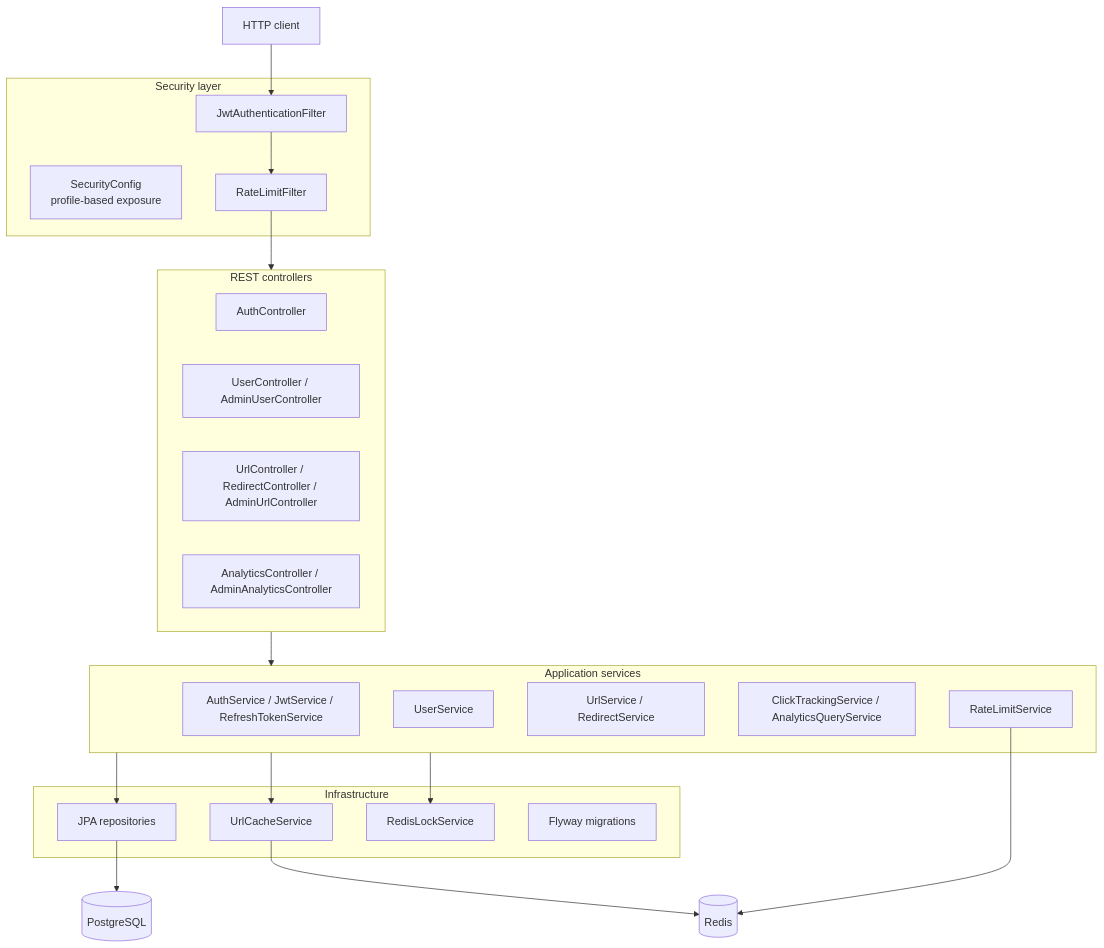
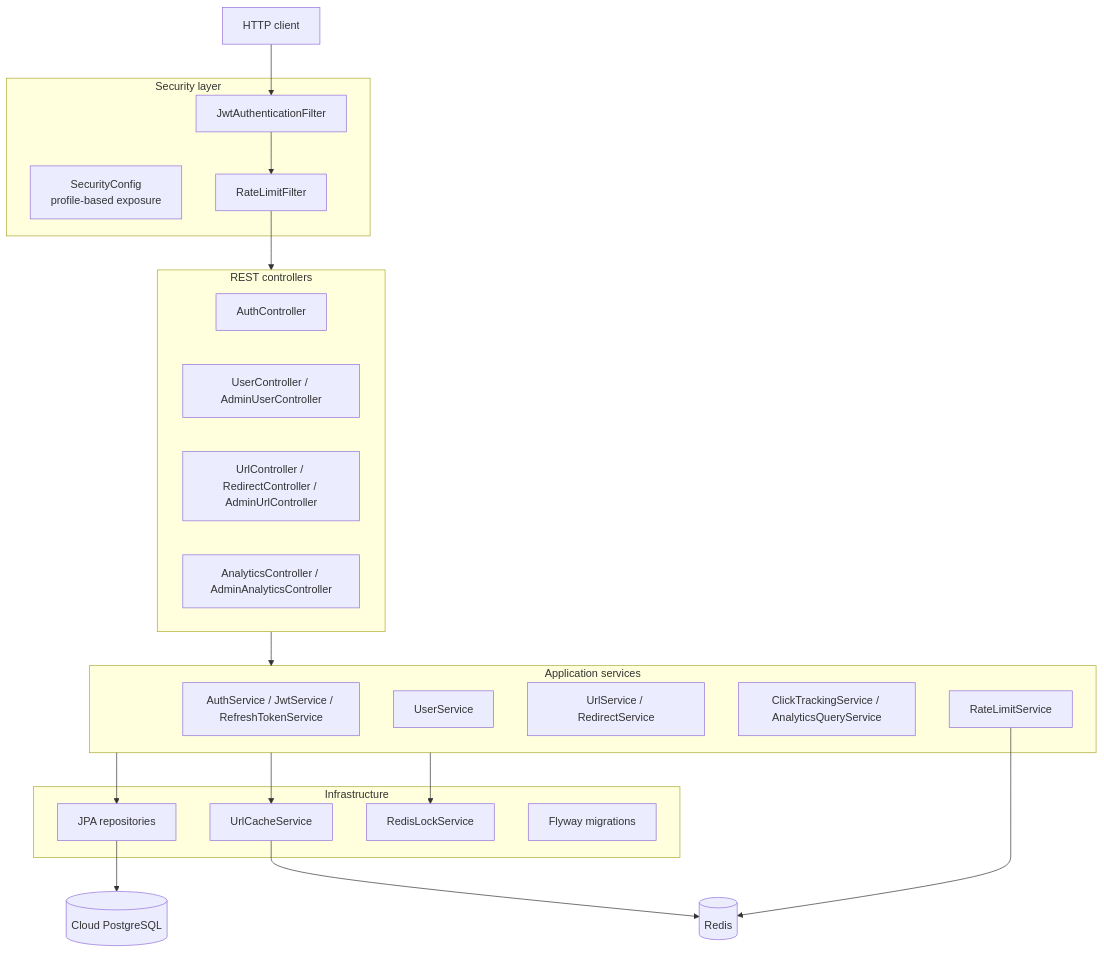
One commit to SlayerBit/linkflow changed the fifth of 11 diagrams in docs/system-design.md. Above: the diagram before and after it, drawn with Mermaid. The commit also changed other lines of this file and 8 other files, not shown here.

Commit message:
feat(infra): migrate PostgreSQL from Docker to Neon

````diff
--- a/docs/system-design.md
+++ b/docs/system-design.md
@@ -159,35 +159,35 @@
 ```mermaid
 flowchart TB
     subgraph Controllers["REST controllers"]
         AuthController["AuthController"]
         UserControllers["UserController / AdminUserController"]
         UrlControllers["UrlController / RedirectController / AdminUrlController"]
         AnalyticsControllers["AnalyticsController / AdminAnalyticsController"]
     end
 
     subgraph SecurityLayer["Security layer"]
         SecurityConfig["SecurityConfig\nprofile-based exposure"]
         JwtFilter["JwtAuthenticationFilter"]
         RateLimitFilter["RateLimitFilter"]
     end
 
     subgraph Services["Application services"]
         AuthServices["AuthService / JwtService / RefreshTokenService"]
         UserService["UserService"]
         UrlServices["UrlService / RedirectService"]
         AnalyticsServices["ClickTrackingService / AnalyticsQueryService"]
         RateLimitService["RateLimitService"]
     end
 
     subgraph Infrastructure["Infrastructure"]
         JpaRepositories["JPA repositories"]
         UrlCache["UrlCacheService"]
         RedisLock["RedisLockService"]
         Flyway["Flyway migrations"]
     end
 
     Client["HTTP client"] --> JwtFilter --> RateLimitFilter --> Controllers
     Controllers --> Services --> JpaRepositories & UrlCache & RedisLock
-    JpaRepositories --> PostgreSQL[(PostgreSQL)]
+    JpaRepositories --> PostgreSQL[(Cloud PostgreSQL)]
     UrlCache & RateLimitService --> Redis[(Redis)]
 ```
````
